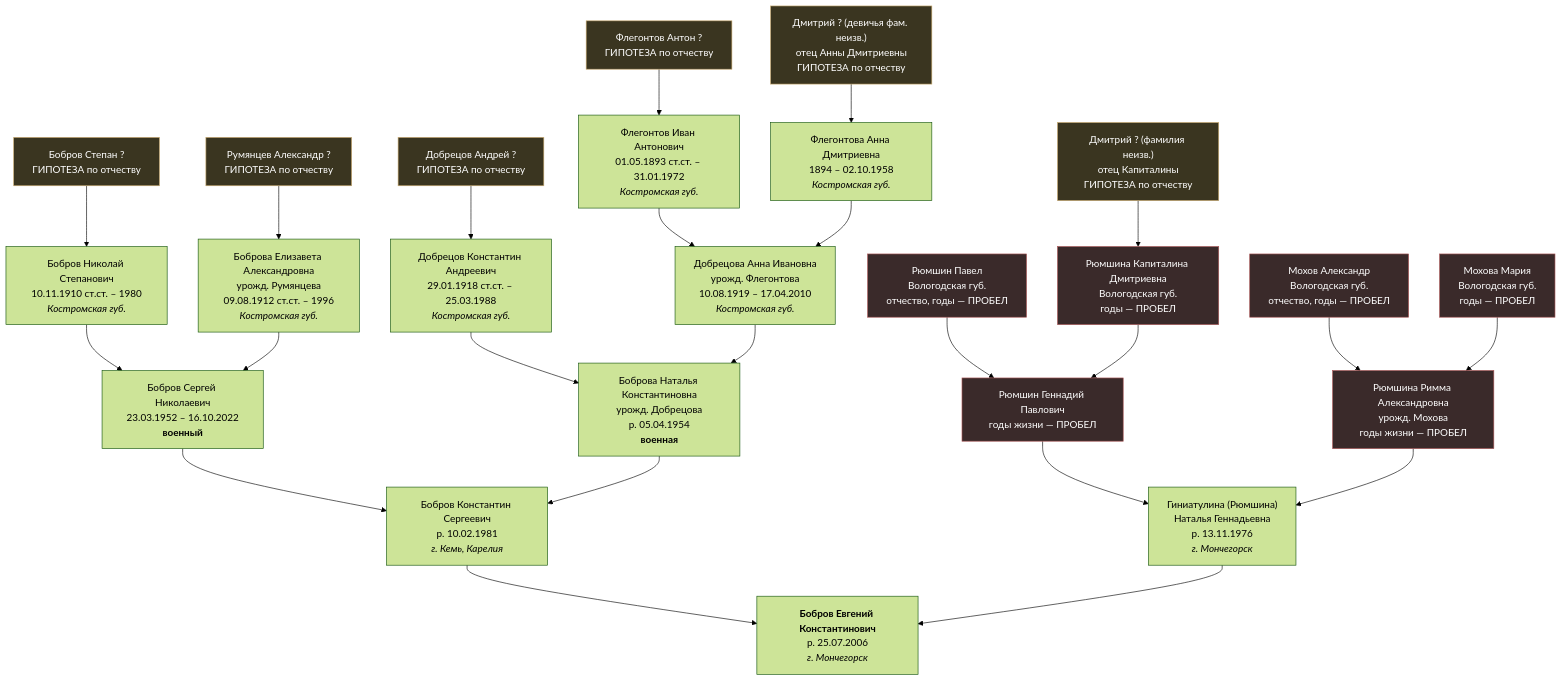
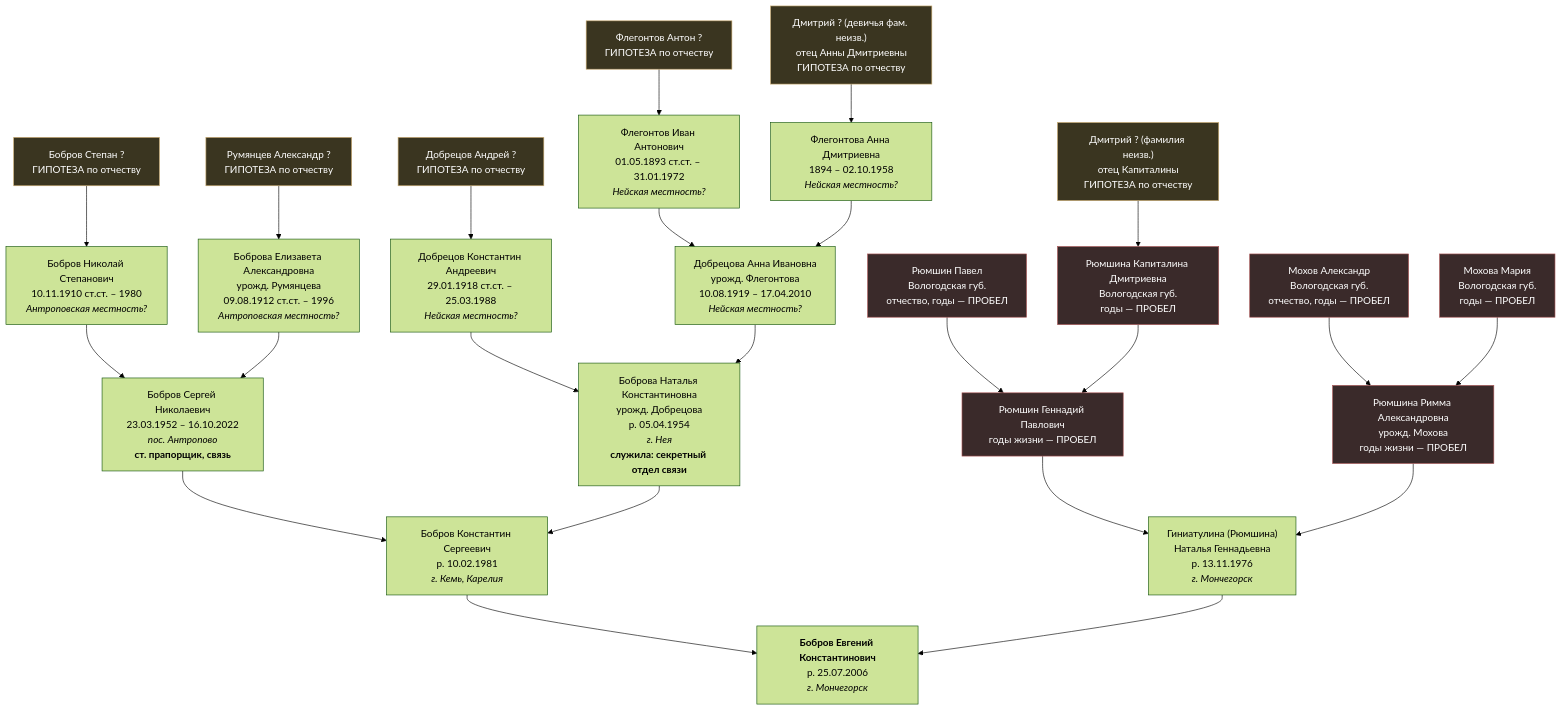
Before and after one commit to evgenii-yps/derevomyfam: the diagram in tree/tree.md, drawn with Mermaid (forest theme). The commit also changed other lines of this file and 17 other files, not shown here.

````diff
--- a/tree/tree.md
+++ b/tree/tree.md
@@ -39,61 +51,61 @@
 ```mermaid
 graph TD
   classDef gap fill:#3a2a2a,stroke:#a55,color:#fff;
   classDef hyp fill:#3a3520,stroke:#c8a96e,color:#fff;
 
   EV["<b>Бобров Евгений Константинович</b><br/>р. 25.07.2006<br/><i>г. Мончегорск</i>"]
 
   F["Бобров Константин Сергеевич<br/>р. 10.02.1981<br/><i>г. Кемь, Карелия</i>"]
   M["Гиниатулина (Рюмшина)<br/>Наталья Геннадьевна<br/>р. 13.11.1976<br/><i>г. Мончегорск</i>"]
   F --> EV
   M --> EV
 
-  FF["Бобров Сергей Николаевич<br/>23.03.1952 – 16.10.2022<br/><b>военный</b>"]
-  FM["Боброва Наталья Константиновна<br/>урожд. Добрецова<br/>р. 05.04.1954<br/><b>военная</b>"]
+  FF["Бобров Сергей Николаевич<br/>23.03.1952 – 16.10.2022<br/><i>пос. Антропово</i><br/><b>ст. прапорщик, связь</b>"]
+  FM["Боброва Наталья Константиновна<br/>урожд. Добрецова<br/>р. 05.04.1954<br/><i>г. Нея</i><br/><b>служила: секретный отдел связи</b>"]
   FF --> F
   FM --> F
 
   MF["Рюмшин Геннадий Павлович<br/>годы жизни — ПРОБЕЛ"]:::gap
   MM["Рюмшина Римма Александровна<br/>урожд. Мохова<br/>годы жизни — ПРОБЕЛ"]:::gap
   MF --> M
   MM --> M
 
-  FFF["Бобров Николай Степанович<br/>10.11.1910 ст.ст. – 1980<br/><i>Костромская губ.</i>"]
-  FFM["Боброва Елизавета Александровна<br/>урожд. Румянцева<br/>09.08.1912 ст.ст. – 1996<br/><i>Костромская губ.</i>"]
+  FFF["Бобров Николай Степанович<br/>10.11.1910 ст.ст. – 1980<br/><i>Антроповская местность?</i>"]
+  FFM["Боброва Елизавета Александровна<br/>урожд. Румянцева<br/>09.08.1912 ст.ст. – 1996<br/><i>Антроповская местность?</i>"]
   FFF --> FF
   FFM --> FF
 
-  FMF["Добрецов Константин Андреевич<br/>29.01.1918 ст.ст. – 25.03.1988<br/><i>Костромская губ.</i>"]
-  FMM["Добрецова Анна Ивановна<br/>урожд. Флегонтова<br/>10.08.1919 – 17.04.2010<br/><i>Костромская губ.</i>"]
+  FMF["Добрецов Константин Андреевич<br/>29.01.1918 ст.ст. – 25.03.1988<br/><i>Нейская местность?</i>"]
+  FMM["Добрецова Анна Ивановна<br/>урожд. Флегонтова<br/>10.08.1919 – 17.04.2010<br/><i>Нейская местность?</i>"]
   FMF --> FM
   FMM --> FM
 
   MFF["Рюмшин Павел<br/>Вологодская губ.<br/>отчество, годы — ПРОБЕЛ"]:::gap
   MFM["Рюмшина Капиталина Дмитриевна<br/>Вологодская губ.<br/>годы — ПРОБЕЛ"]:::gap
   MFF --> MF
   MFM --> MF
 
   MMF["Мохов Александр<br/>Вологодская губ.<br/>отчество, годы — ПРОБЕЛ"]:::gap
   MMM["Мохова Мария<br/>Вологодская губ.<br/>годы — ПРОБЕЛ"]:::gap
   MMF --> MM
   MMM --> MM
 
-  FL1["Флегонтов Иван Антонович<br/>01.05.1893 ст.ст. – 31.01.1972<br/><i>Костромская губ.</i>"]
-  FL2["Флегонтова Анна Дмитриевна<br/>1894 – 02.10.1958<br/><i>Костромская губ.</i>"]
+  FL1["Флегонтов Иван Антонович<br/>01.05.1893 ст.ст. – 31.01.1972<br/><i>Нейская местность?</i>"]
+  FL2["Флегонтова Анна Дмитриевна<br/>1894 – 02.10.1958<br/><i>Нейская местность?</i>"]
   FL1 --> FMM
   FL2 --> FMM
 
   ANT["Флегонтов Антон ?<br/>ГИПОТЕЗА по отчеству"]:::hyp
   ANT --> FL1
 
   ST["Бобров Степан ?<br/>ГИПОТЕЗА по отчеству"]:::hyp
   ST --> FFF
   RUM["Румянцев Александр ?<br/>ГИПОТЕЗА по отчеству"]:::hyp
   RUM --> FFM
   AND["Добрецов Андрей ?<br/>ГИПОТЕЗА по отчеству"]:::hyp
   AND --> FMF
   DMI["Дмитрий ? (фамилия неизв.)<br/>отец Капиталины<br/>ГИПОТЕЗА по отчеству"]:::hyp
   DMI --> MFM
   DMI2["Дмитрий ? (девичья фам. неизв.)<br/>отец Анны Дмитриевны<br/>ГИПОТЕЗА по отчеству"]:::hyp
   DMI2 --> FL2
 ```
````
